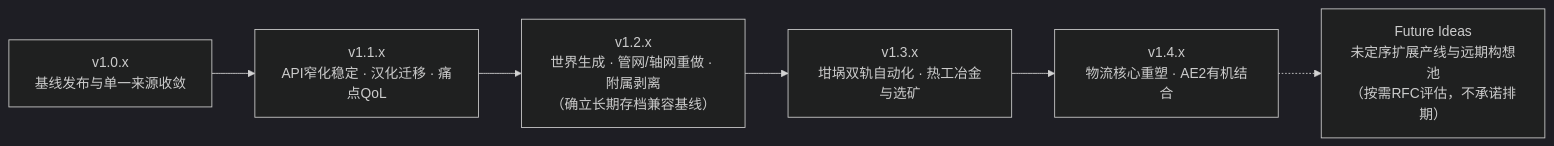
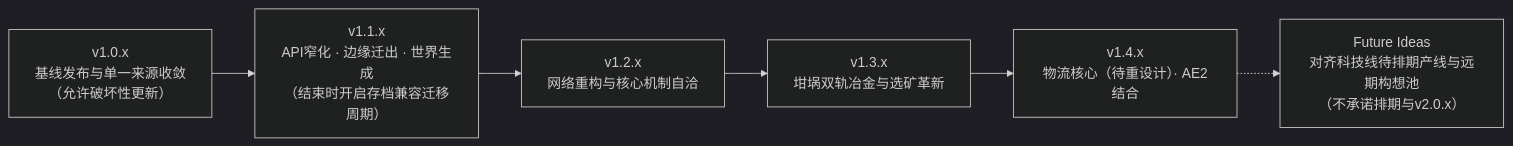
One commit to GregTech6CE/GregTech6 changed the diagram in docs/roadmap/README.md. Above: the diagram before and after it, drawn with Mermaid (dark theme). The commit also changed other lines of this file and 9 other files, not shown here.

First line of the commit message:
docs(roadmap): refine v1.0-v1.4 milestones, policies and out-of-scope boundaries

````diff
--- a/docs/roadmap/README.md
+++ b/docs/roadmap/README.md
@@ -23,11 +24,11 @@
 ```mermaid
 flowchart LR
-    V10["v1.0.x<br/>基线发布与单一来源收敛"]
-    V11["v1.1.x<br/>API窄化稳定 · 汉化迁移 · 痛点QoL"]
-    V12["v1.2.x<br/>世界生成 · 管网/轴网重做 · 附属剥离<br/>（确立长期存档兼容基线）"]
-    V13["v1.3.x<br/>坩埚双轨自动化 · 热工冶金与选矿"]
-    V14["v1.4.x<br/>物流核心重塑 · AE2有机结合"]
-    FI["Future Ideas<br/>未定序扩展产线与远期构想池<br/>（按需RFC评估，不承诺排期）"]
+    V10["v1.0.x<br/>基线发布与单一来源收敛<br/>（允许破坏性更新）"]
+    V11["v1.1.x<br/>API窄化 · 边缘迁出 · 世界生成<br/>（结束时开启存档兼容迁移周期）"]
+    V12["v1.2.x<br/>网络重构与核心机制自洽"]
+    V13["v1.3.x<br/>坩埚双轨冶金与选矿革新"]
+    V14["v1.4.x<br/>物流核心（待重设计）· AE2结合"]
+    FI["Future Ideas<br/>对齐科技线待排期产线与远期构想池<br/>（不承诺排期与v2.0.x）"]
 
     V10 --> V11 --> V12 --> V13 --> V14 -.-> FI
 ```
````
